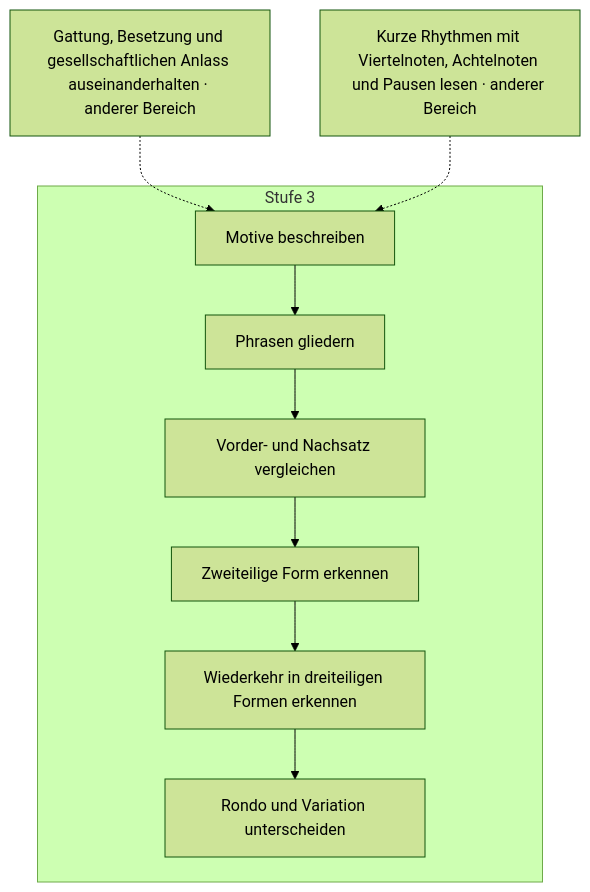
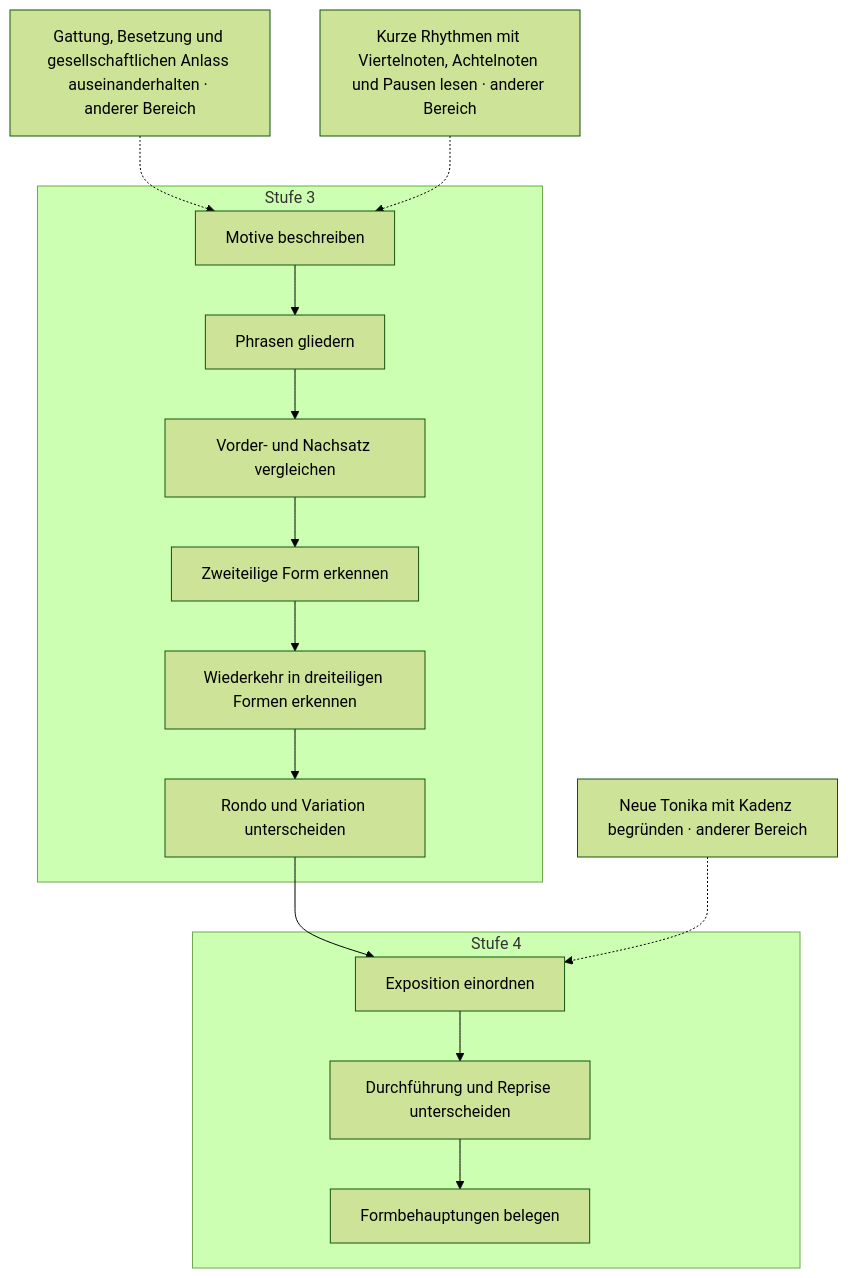
Diagram 11 of 16 in docs/plan/faehigkeitsgraph-diagramme.md (PhiFa96/harmonia), drawn with Mermaid (forest theme) before and after one commit. The commit also changed other lines of this file and 41 other files, not shown here.

````diff
--- a/docs/plan/faehigkeitsgraph-diagramme.md
+++ b/docs/plan/faehigkeitsgraph-diagramme.md
@@ -697,20 +814,30 @@
 ```mermaid
 flowchart TD
   subgraph level3["Stufe 3"]
     s108["Motive beschreiben"]
     s109["Phrasen gliedern"]
     s110["Vorder- und Nachsatz vergleichen"]
     s111["Zweiteilige Form erkennen"]
     s112["Wiederkehr in dreiteiligen Formen erkennen"]
     s113["Rondo und Variation unterscheiden"]
   end
+  subgraph level4["Stufe 4"]
+    s144["Exposition einordnen"]
+    s145["Durchführung und Reprise unterscheiden"]
+    s146["Formbehauptungen belegen"]
+  end
   s38["Gattung, Besetzung und gesellschaftlichen Anlass auseinanderhalten · anderer Bereich"]
   s21["Kurze Rhythmen mit Viertelnoten, Achtelnoten und Pausen lesen · anderer Bereich"]
+  s137["Neue Tonika mit Kadenz begründen · anderer Bereich"]
   s38 -.-> s108
   s21 -.-> s108
   s108 --> s109
   s109 --> s110
   s110 --> s111
   s111 --> s112
   s112 --> s113
+  s113 --> s144
+  s137 -.-> s144
+  s144 --> s145
+  s145 --> s146
 ```
````
